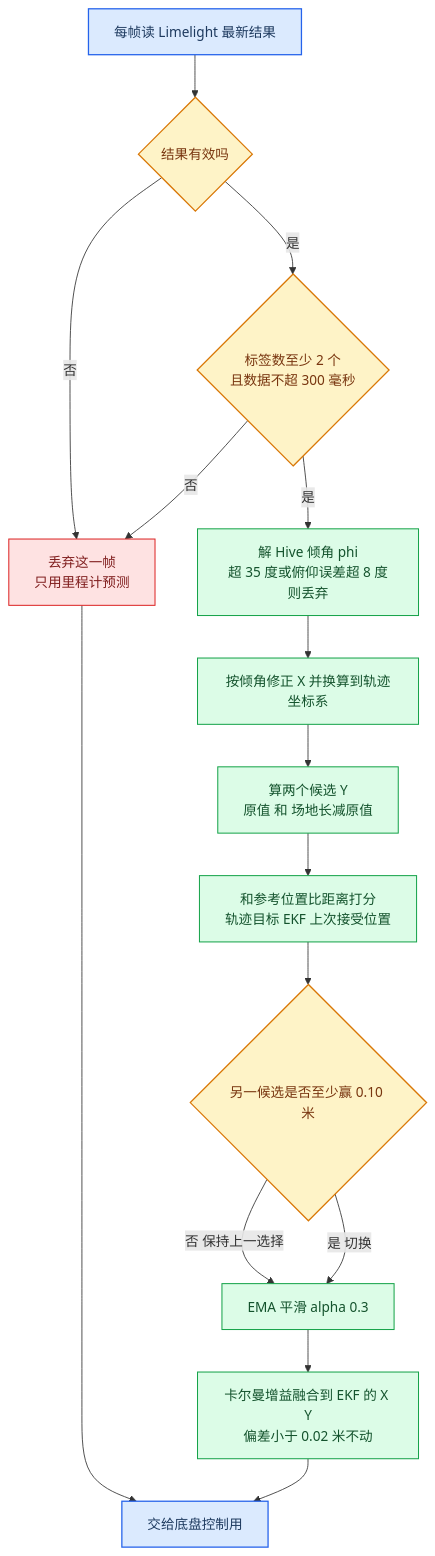
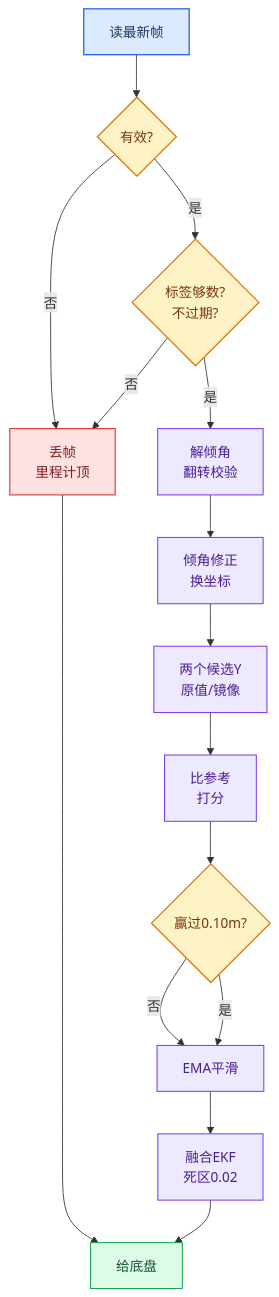
The second of 5 diagrams in README.md (Maxxj333/KeystoneFTC-code), drawn with Mermaid before and after one commit. The commit also changed other lines of this file, not shown here.

Commit message:
Tighten Mermaid labels, add semantic colors and vertical lists for narrow screens

````diff
--- a/README.md
+++ b/README.md
@@ -56,25 +70,27 @@
 ```mermaid
 flowchart TD
-    A["每帧读 Limelight 最新结果"] --> B{"结果有效吗"}
-    B -->|"否"| C["丢弃这一帧<br/>只用里程计预测"]
-    B -->|"是"| D{"标签数至少 2 个<br/>且数据不超 300 毫秒"}
+    A["读最新帧"] --> B{"有效?"}
+    B -->|"否"| C["丢帧<br/>里程计顶"]
+    B -->|"是"| D{"标签够数?<br/>不过期?"}
     D -->|"否"| C
-    D -->|"是"| E["解 Hive 倾角 phi<br/>超 35 度或俯仰误差超 8 度则丢弃"]
-    E --> F["按倾角修正 X 并换算到轨迹坐标系"]
-    F --> G["算两个候选 Y<br/>原值 和 场地长减原值"]
-    G --> H["和参考位置比距离打分<br/>轨迹目标 EKF 上次接受位置"]
-    H --> I{"另一候选是否至少赢 0.10 米"}
-    I -->|"否 保持上一选择"| J["EMA 平滑 alpha 0.3"]
-    I -->|"是 切换"| J
-    J --> K["卡尔曼增益融合到 EKF 的 X Y<br/>偏差小于 0.02 米不动"]
-    K --> L["交给底盘控制用"]
+    D -->|"是"| E["解倾角<br/>翻转校验"]
+    E --> F["倾角修正<br/>换坐标"]
+    F --> G["两个候选Y<br/>原值/镜像"]
+    G --> H["比参考<br/>打分"]
+    H --> I{"赢过0.10m?"}
+    I -->|"否"| J["EMA平滑"]
+    I -->|"是"| J
+    J --> K["融合EKF<br/>死区0.02"]
+    K --> L["给底盘"]
     C --> L
-    classDef start fill:#dbeafe,stroke:#2563eb,stroke-width:1.5px,color:#1e3a5f
-    classDef decision fill:#fef3c7,stroke:#d97706,stroke-width:1.5px,color:#78350f
-    classDef process fill:#dcfce7,stroke:#16a34a,stroke-width:1.2px,color:#14532d
-    classDef discard fill:#fee2e2,stroke:#dc2626,stroke-width:1.2px,color:#7f1d1d
-    class A,L start
-    class B,D,I decision
-    class E,F,G,H,J,K process
-    class C discard
+    classDef blue fill:#DBEAFE,stroke:#2563EB,stroke-width:1.5px,color:#1E3A5F
+    classDef yellow fill:#FEF3C7,stroke:#D97706,stroke-width:1.5px,color:#78350F
+    classDef green fill:#DCFCE7,stroke:#16A34A,stroke-width:1.2px,color:#14532D
+    classDef purple fill:#EDE9FE,stroke:#7C3AED,stroke-width:1.2px,color:#4C1D95
+    classDef red fill:#FEE2E2,stroke:#DC2626,stroke-width:1.2px,color:#7F1D1D
+    class A blue
+    class B,D,I yellow
+    class C red
+    class E,F,G,H,J,K purple
+    class L green
 ```
````
